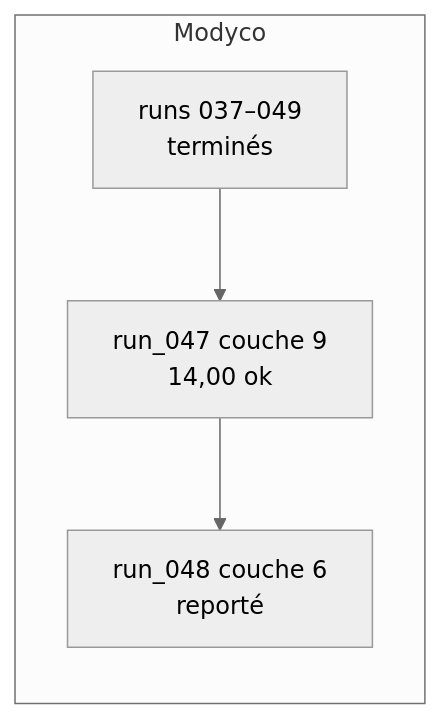
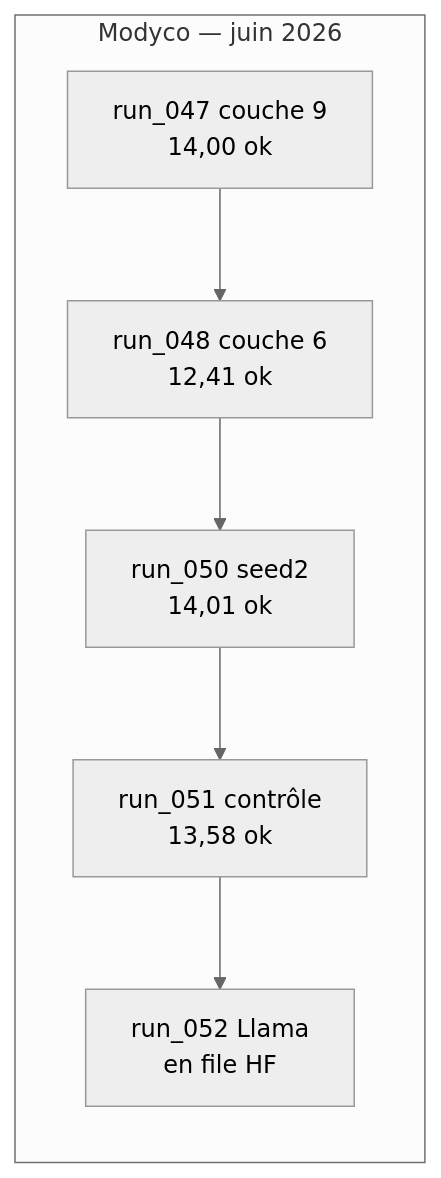
Before and after one commit to crispyfunicular/Pantagruel_S3T: the second of 2 diagrams in documentation/recommandations.md, drawn with Mermaid (neutral theme). The commit also changed other lines of this file and 7 other files, not shown here.

First line of the commit message:
Met à jour la doc avec les résultats run_048–051 et la file Modyco/OVH.

````diff
--- a/documentation/recommandations.md
+++ b/documentation/recommandations.md
@@ -102,9 +124,11 @@
 ```mermaid
 flowchart LR
-  subgraph modyco [Modyco]
-    done["runs 037–049\nterminés"]
+  subgraph modyco [Modyco — juin 2026]
     r047["run_047 couche 9\n14,00 ok"]
-    r048["run_048 couche 6\nreporté"]
-    done --> r047 --> r048
+    r048["run_048 couche 6\n12,41 ok"]
+    r050["run_050 seed2\n14,01 ok"]
+    r051["run_051 contrôle\n13,58 ok"]
+    r052["run_052 Llama\nen file HF"]
+    r047 --> r048 --> r050 --> r051 --> r052
   end
 ```
````
